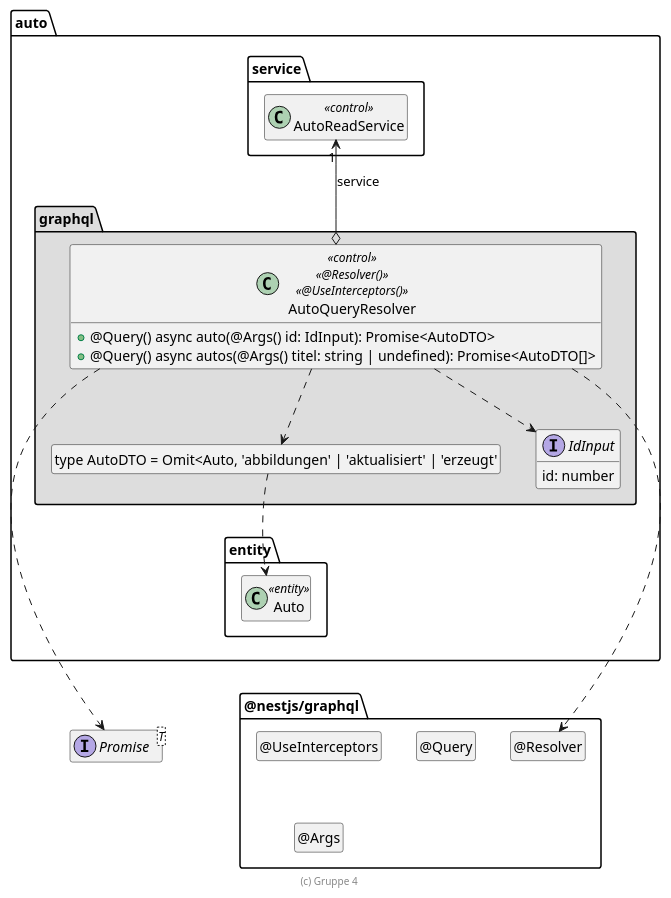
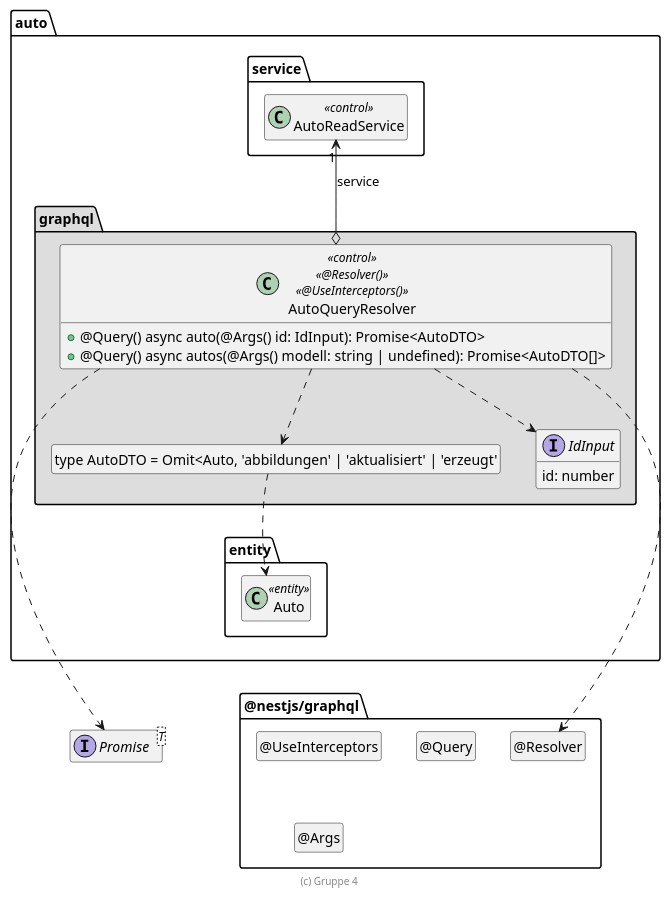
The diagram in .extras/doc/projekthandbuch/AutoQueryResolver.plantuml (dominikwipfler/swe), drawn with PlantUML before and after one commit. The commit also changed 18 other files, not shown here.

```diff
--- a/.extras/doc/projekthandbuch/AutoQueryResolver.plantuml
+++ b/.extras/doc/projekthandbuch/AutoQueryResolver.plantuml
@@ -18,63 +18,63 @@
 @startuml Controller-Klasse
 
 interface Promise<T>
 
 package @nestjs/graphql {
   class "@Resolver" as Resolver
   hide Resolver circle
 
   class "@UseInterceptors" as UseInterceptors
   hide UseInterceptors circle
 
   class "@Query" as Query
   hide Query circle
 
   class "@Args" as Args
   hide Args circle
 
   Resolver .left[hidden].> Promise
 }
 
 package auto {
   package entity {
     class Auto <<entity>>
   }
 
   package service {
     class AutoReadService << control >>
   }
 
   package graphql #DDDDDD {
     class "type AutoDTO = Omit<Auto, 'abbildungen' | 'aktualisiert' | 'erzeugt'" as AutoDTO
     hide AutoDTO circle
 
     interface IdInput {
         id: number
     }
 
     class AutoQueryResolver << control >> << @Resolver() >> << @UseInterceptors() >> {
       + @Query() async auto(@Args() id: IdInput): Promise<AutoDTO>
-      + @Query() async autos(@Args() titel: string | undefined): Promise<AutoDTO[]>
+      + @Query() async autos(@Args() modell: string | undefined): Promise<AutoDTO[]>
     }
 
     AutoQueryResolver o-up-> "1" AutoReadService : service
     AutoQueryResolver ..> AutoDTO
     AutoQueryResolver ..> IdInput
     AutoDTO ..> Auto
     AutoQueryResolver ..> Resolver
 
     AutoQueryResolver ..> Promise
 
     AutoDTO .[hidden].> Auto
     Auto .[hidden].> Promise
     AutoReadService .[hidden].> Promise
     Auto .[hidden].> Resolver
     AutoReadService .[hidden].> Resolver
   }
 }
 
 hide empty members
 
 footer (c) Gruppe 4
 
 @enduml
```
